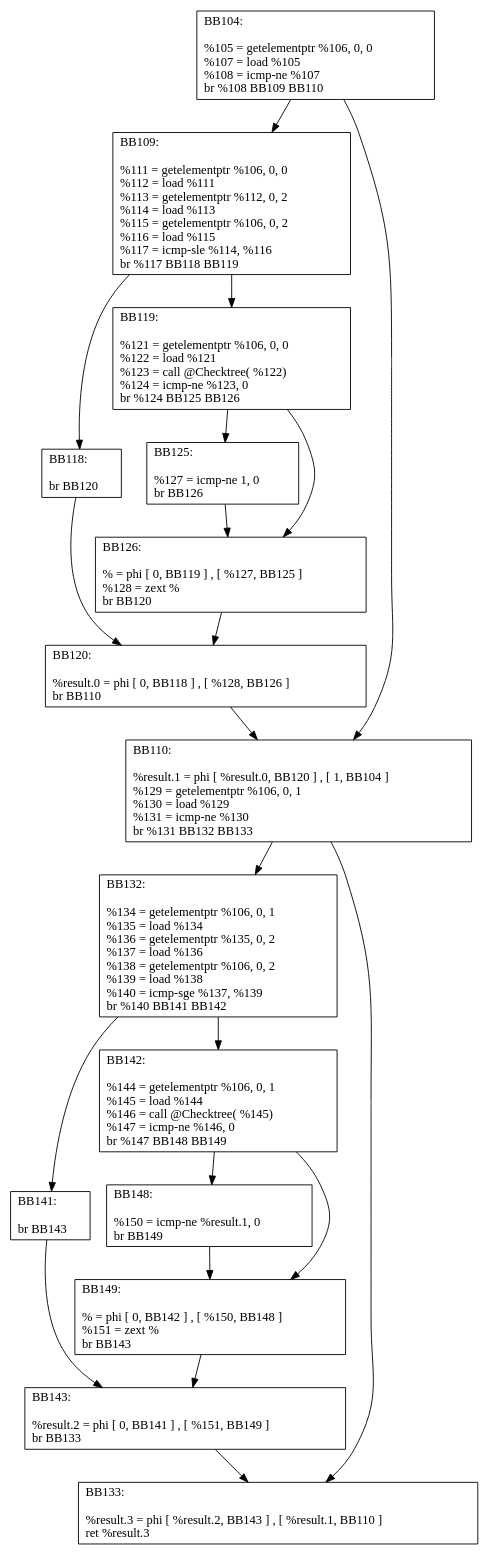
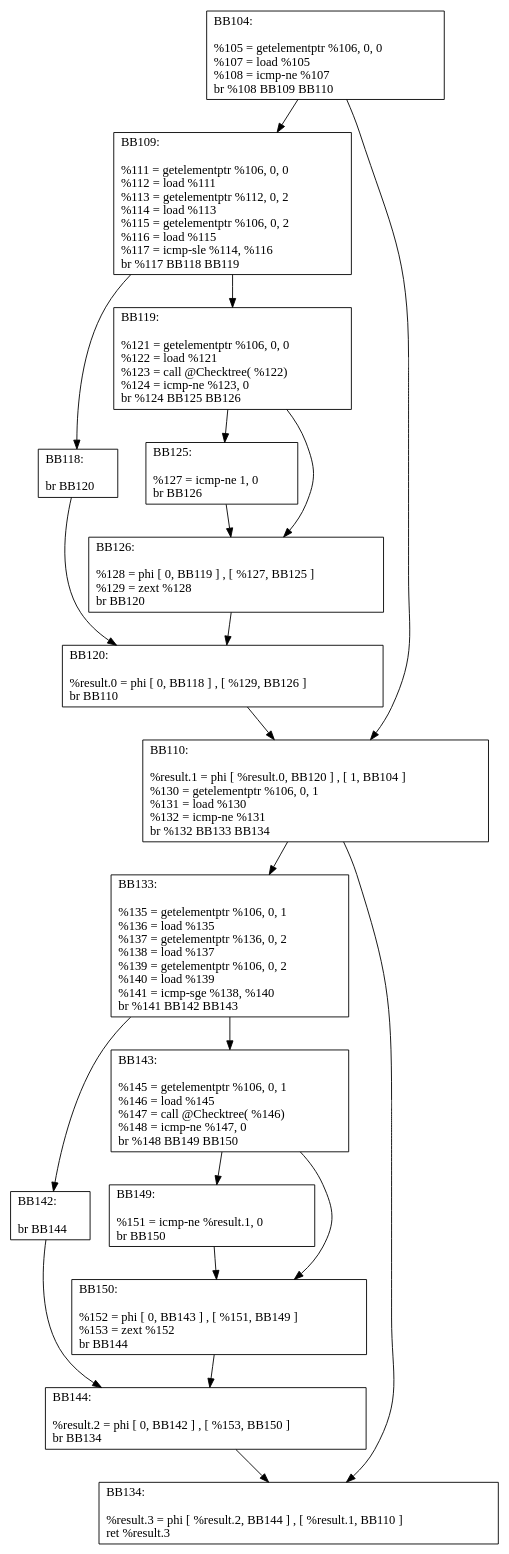
The diagram in src/dot_files/Treesort/Checktree.dot (angelica-moreira/CfgGenerator), drawn with Graphviz before and after one commit. The commit also changed 83 other files, not shown here.

Commit message:
Updating the phi node label generator for the special case when it does not have name and updating the dot files

```diff
--- a/src/dot_files/Treesort/Checktree.dot
+++ b/src/dot_files/Treesort/Checktree.dot
@@ -1,120 +1,120 @@
 digraph "CFG for 'Checktree' function" {
 BB104 [shape=record,
     label="{BB104:\l\l
              %105 = getelementptr %106, 0, 0\l
              %107 = load %105\l
              %108 = icmp-ne %107\l
              br %108 BB109 BB110\l
              }"];
 BB104 -> BB109
 BB104 -> BB110
 BB109 [shape=record,
     label="{BB109:\l\l
              %111 = getelementptr %106, 0, 0\l
              %112 = load %111\l
              %113 = getelementptr %112, 0, 2\l
              %114 = load %113\l
              %115 = getelementptr %106, 0, 2\l
              %116 = load %115\l
              %117 = icmp-sle %114, %116\l
              br %117 BB118 BB119\l
              }"];
 BB109 -> BB118
 BB109 -> BB119
 BB118 [shape=record,
     label="{BB118:\l\l
              br BB120\l
              }"];
 BB118 -> BB120
 BB119 [shape=record,
     label="{BB119:\l\l
              %121 = getelementptr %106, 0, 0\l
              %122 = load %121\l
              %123 = call @Checktree( %122)\l
              %124 = icmp-ne %123, 0\l
              br %124 BB125 BB126\l
              }"];
 BB119 -> BB125
 BB119 -> BB126
 BB125 [shape=record,
     label="{BB125:\l\l
              %127 = icmp-ne 1, 0\l
              br BB126\l
              }"];
 BB125 -> BB126
 BB126 [shape=record,
     label="{BB126:\l\l
-             % = phi [ 0, BB119 ] , [ %127, BB125 ] \l
-             %128 = zext %\l
+             %128 = phi [ 0, BB119 ] , [ %127, BB125 ] \l
+             %129 = zext %128\l
              br BB120\l
              }"];
 BB126 -> BB120
 BB120 [shape=record,
     label="{BB120:\l\l
-             %result.0 = phi [ 0, BB118 ] , [ %128, BB126 ] \l
+             %result.0 = phi [ 0, BB118 ] , [ %129, BB126 ] \l
              br BB110\l
              }"];
 BB120 -> BB110
 BB110 [shape=record,
     label="{BB110:\l\l
              %result.1 = phi [ %result.0, BB120 ] , [ 1, BB104 ] \l
-             %129 = getelementptr %106, 0, 1\l
-             %130 = load %129\l
-             %131 = icmp-ne %130\l
-             br %131 BB132 BB133\l
+             %130 = getelementptr %106, 0, 1\l
+             %131 = load %130\l
+             %132 = icmp-ne %131\l
+             br %132 BB133 BB134\l
              }"];
-BB110 -> BB132
 BB110 -> BB133
-BB132 [shape=record,
-    label="{BB132:\l\l
-             %134 = getelementptr %106, 0, 1\l
-             %135 = load %134\l
-             %136 = getelementptr %135, 0, 2\l
-             %137 = load %136\l
-             %138 = getelementptr %106, 0, 2\l
-             %139 = load %138\l
-             %140 = icmp-sge %137, %139\l
-             br %140 BB141 BB142\l
+BB110 -> BB134
+BB133 [shape=record,
+    label="{BB133:\l\l
+             %135 = getelementptr %106, 0, 1\l
+             %136 = load %135\l
+             %137 = getelementptr %136, 0, 2\l
+             %138 = load %137\l
+             %139 = getelementptr %106, 0, 2\l
+             %140 = load %139\l
+             %141 = icmp-sge %138, %140\l
+             br %141 BB142 BB143\l
              }"];
-BB132 -> BB141
-BB132 -> BB142
-BB141 [shape=record,
-    label="{BB141:\l\l
-             br BB143\l
-             }"];
-BB141 -> BB143
+BB133 -> BB142
+BB133 -> BB143
 BB142 [shape=record,
     label="{BB142:\l\l
-             %144 = getelementptr %106, 0, 1\l
-             %145 = load %144\l
-             %146 = call @Checktree( %145)\l
-             %147 = icmp-ne %146, 0\l
-             br %147 BB148 BB149\l
+             br BB144\l
              }"];
-BB142 -> BB148
-BB142 -> BB149
-BB148 [shape=record,
-    label="{BB148:\l\l
-             %150 = icmp-ne %result.1, 0\l
-             br BB149\l
+BB142 -> BB144
+BB143 [shape=record,
+    label="{BB143:\l\l
+             %145 = getelementptr %106, 0, 1\l
+             %146 = load %145\l
+             %147 = call @Checktree( %146)\l
+             %148 = icmp-ne %147, 0\l
+             br %148 BB149 BB150\l
              }"];
-BB148 -> BB149
+BB143 -> BB149
+BB143 -> BB150
 BB149 [shape=record,
     label="{BB149:\l\l
-             % = phi [ 0, BB142 ] , [ %150, BB148 ] \l
-             %151 = zext %\l
-             br BB143\l
+             %151 = icmp-ne %result.1, 0\l
+             br BB150\l
              }"];
-BB149 -> BB143
-BB143 [shape=record,
-    label="{BB143:\l\l
-             %result.2 = phi [ 0, BB141 ] , [ %151, BB149 ] \l
-             br BB133\l
+BB149 -> BB150
+BB150 [shape=record,
+    label="{BB150:\l\l
+             %152 = phi [ 0, BB143 ] , [ %151, BB149 ] \l
+             %153 = zext %152\l
+             br BB144\l
              }"];
-BB143 -> BB133
-BB133 [shape=record,
-    label="{BB133:\l\l
-             %result.3 = phi [ %result.2, BB143 ] , [ %result.1, BB110 ] \l
+BB150 -> BB144
+BB144 [shape=record,
+    label="{BB144:\l\l
+             %result.2 = phi [ 0, BB142 ] , [ %153, BB150 ] \l
+             br BB134\l
+             }"];
+BB144 -> BB134
+BB134 [shape=record,
+    label="{BB134:\l\l
+             %result.3 = phi [ %result.2, BB144 ] , [ %result.1, BB110 ] \l
              ret %result.3\l
              }"];
 }
```
